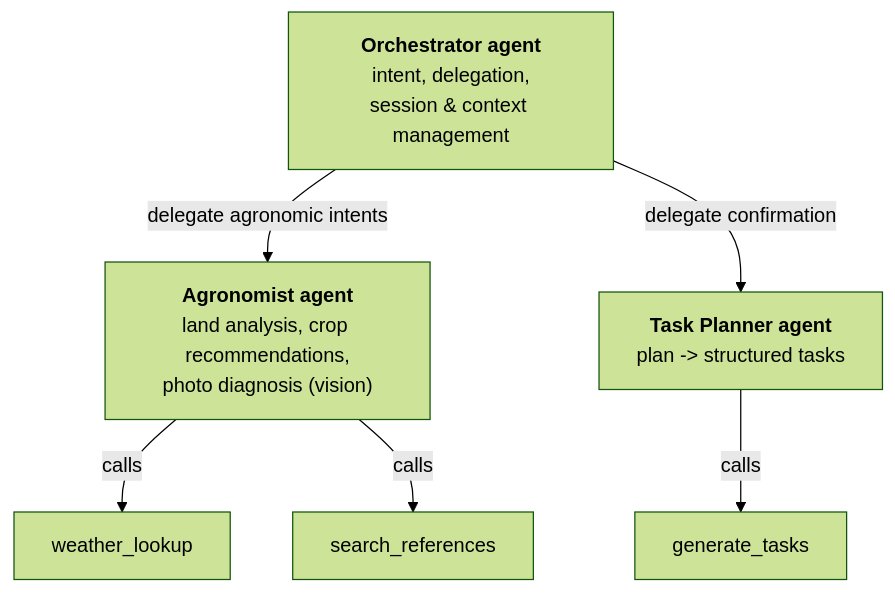
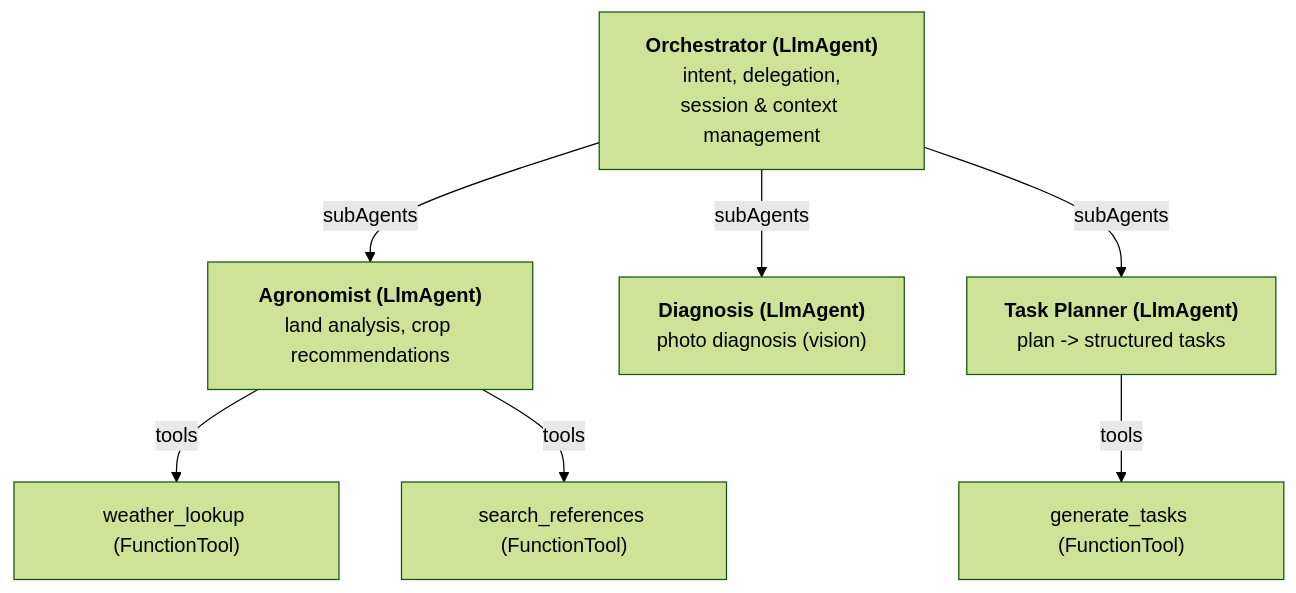
One commit to RavLyr/tandurin-bitsmicro changed the second of 5 diagrams in docs/ARCHITECTURE.md. Above: the diagram before and after it, drawn with Mermaid (forest theme). The commit also changed other lines of this file and 22 other files, not shown here.

First line of the commit message:
refactor: migrate agent orchestration to @google/adk (LlmAgent + FunctionTool) via serverless genai adapter

````diff
--- a/docs/ARCHITECTURE.md
+++ b/docs/ARCHITECTURE.md
@@ -83,23 +83,26 @@
 ```mermaid
 flowchart TD
-    Orch["`**Orchestrator agent**
+    Orch["`**Orchestrator (LlmAgent)**
     intent, delegation,
     session & context management`"]
 
-    Agr["`**Agronomist agent**
-    land analysis, crop recommendations,
+    Agr["`**Agronomist (LlmAgent)**
+    land analysis, crop recommendations`"]
+
+    Dia["`**Diagnosis (LlmAgent)**
     photo diagnosis (vision)`"]
 
-    Tsk["`**Task Planner agent**
+    Tsk["`**Task Planner (LlmAgent)**
     plan -> structured tasks`"]
 
-    T1["`weather_lookup`"]
-    T2["`search_references`"]
-    T3["`generate_tasks`"]
+    T1["`weather_lookup (FunctionTool)`"]
+    T2["`search_references (FunctionTool)`"]
+    T3["`generate_tasks (FunctionTool)`"]
 
-    Orch -- "delegate agronomic intents" --> Agr
-    Orch -- "delegate confirmation" --> Tsk
-    Agr -- "calls" --> T1
-    Agr -- "calls" --> T2
-    Tsk -- "calls" --> T3
+    Orch -- "subAgents" --> Agr
+    Orch -- "subAgents" --> Dia
+    Orch -- "subAgents" --> Tsk
+    Agr -- "tools" --> T1
+    Agr -- "tools" --> T2
+    Tsk -- "tools" --> T3
 ```
````
